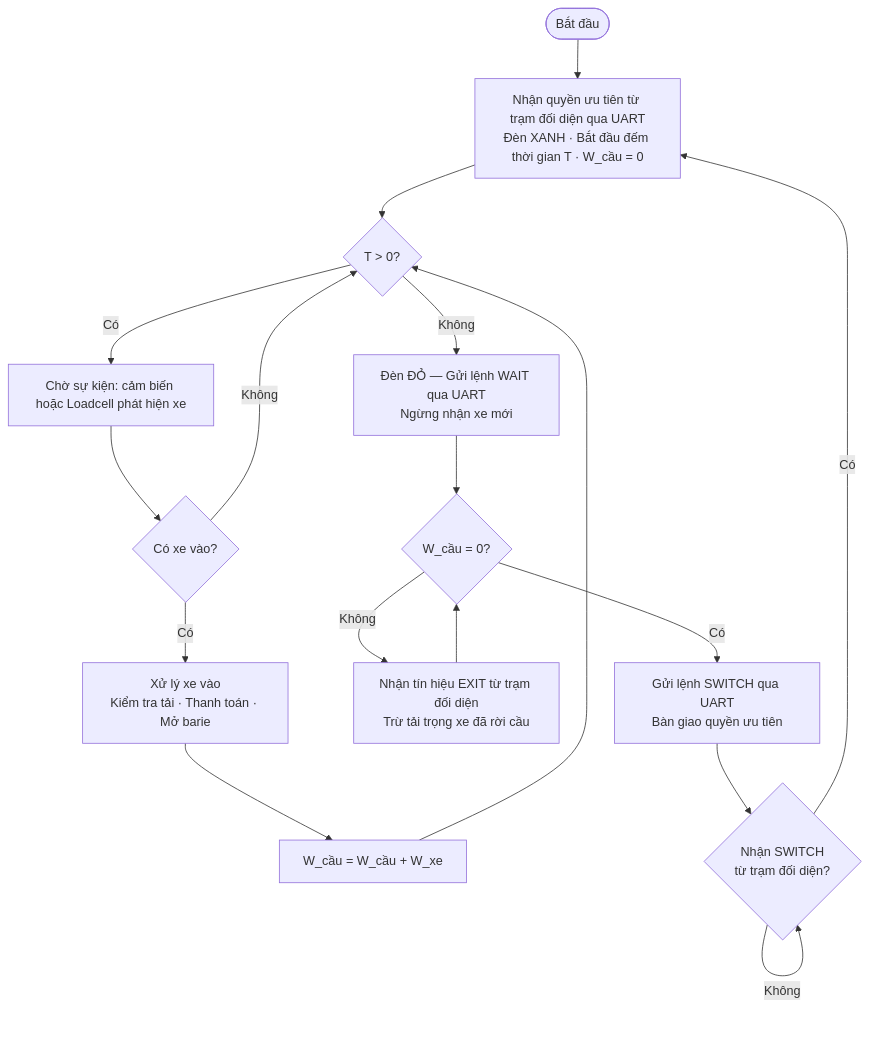
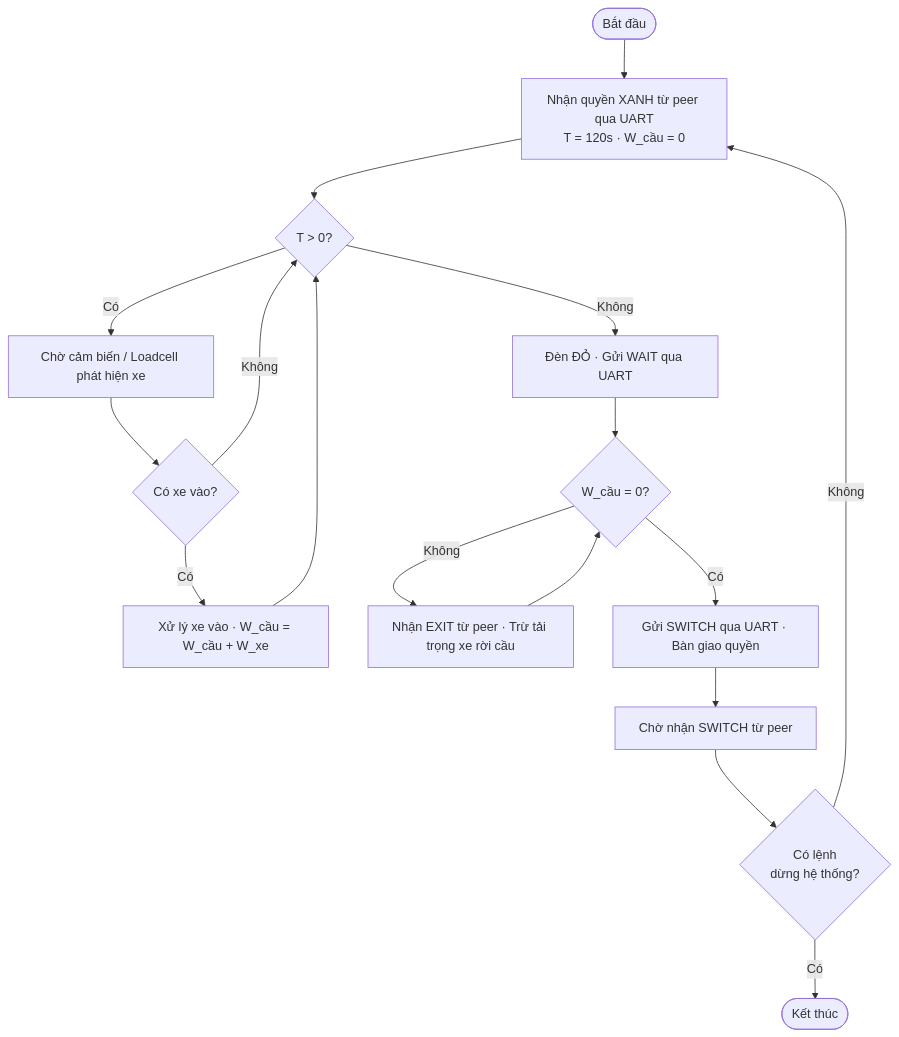
Before and after one commit to kimthanh2301/hihi: the first of 3 diagrams in hi.md, drawn with Mermaid. The commit also changed other lines of this file, not shown here.

First line of the commit message:
Revise algorithm flowcharts and descriptions in hi.md

````diff
--- a/hi.md
+++ b/hi.md
@@ -9,25 +8,26 @@
 ```mermaid
 flowchart TD
     S([Bắt đầu])
-    A[Nhận quyền ưu tiên từ trạm đối diện qua UART\nĐèn XANH · Bắt đầu đếm thời gian T · W_cầu = 0]
+    A[Nhận quyền XANH từ peer qua UART\nT = 120s · W_cầu = 0]
     B{T > 0?}
-    C[Chờ sự kiện: cảm biến hoặc Loadcell phát hiện xe]
+    C[Chờ cảm biến / Loadcell phát hiện xe]
     D{Có xe vào?}
-    E[Xử lý xe vào\nKiểm tra tải · Thanh toán · Mở barie]
-    F[W_cầu = W_cầu + W_xe]
-    G[Đèn ĐỎ — Gửi lệnh WAIT qua UART\nNgừng nhận xe mới]
+    E[Xử lý xe vào · W_cầu = W_cầu + W_xe]
+    G[Đèn ĐỎ · Gửi WAIT qua UART]
     H{W_cầu = 0?}
-    I[Nhận tín hiệu EXIT từ trạm đối diện\nTrừ tải trọng xe đã rời cầu]
-    J[Gửi lệnh SWITCH qua UART\nBàn giao quyền ưu tiên]
-    K{Nhận SWITCH\ntừ trạm đối diện?}
+    I[Nhận EXIT từ peer · Trừ tải trọng xe rời cầu]
+    J[Gửi SWITCH qua UART · Bàn giao quyền]
+    K[Chờ nhận SWITCH từ peer]
+    STOP{Có lệnh\ndừng hệ thống?}
+    END([Kết thúc])
 
     S --> A --> B
     B -- Có --> C --> D
     D -- Không --> B
-    D -- Có --> E --> F --> B
+    D -- Có --> E --> B
     B -- Không --> G --> H
     H -- Không --> I --> H
-    H -- Có --> J --> K
-    K -- Không --> K
-    K -- Có --> A
+    H -- Có --> J --> K --> STOP
+    STOP -- Không --> A
+    STOP -- Có --> END
 ```
````
